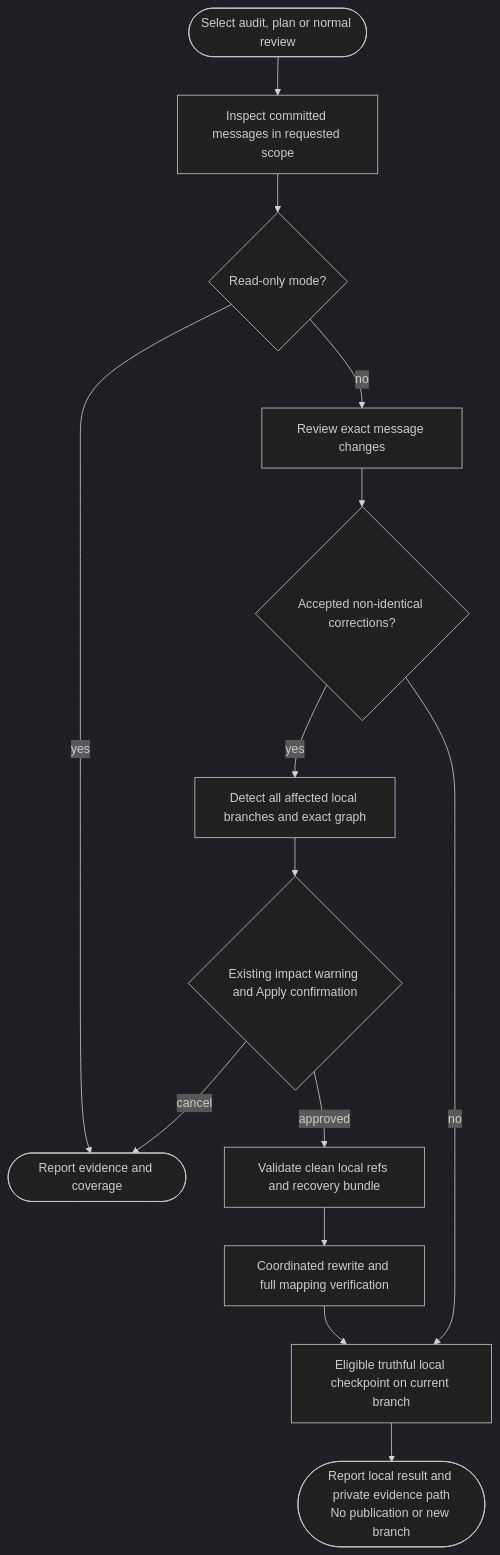
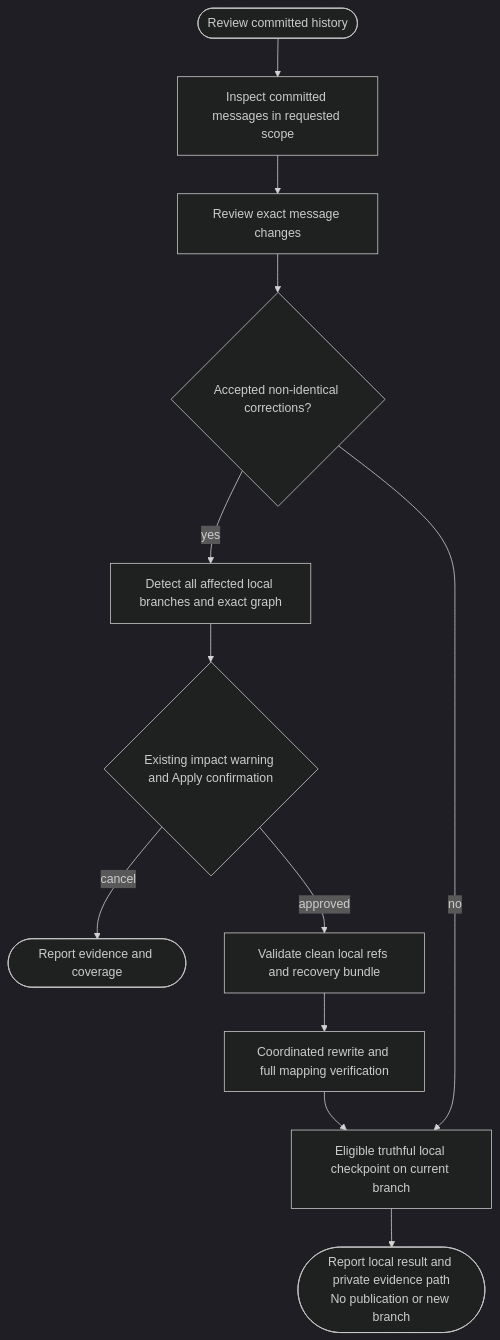
The diagram in docs/commands/normalize.md (myowinthein/agent-helm), drawn with Mermaid (dark theme) before and after one commit. The commit also changed other lines of this file and 3 other files, not shown here.

````diff
--- a/docs/commands/normalize.md
+++ b/docs/commands/normalize.md
@@ -32,16 +31,14 @@
 ```mermaid
 flowchart TD
-  Start([Select audit, plan or normal review]) --> Inspect[Inspect committed messages in requested scope]
-  Inspect --> Readonly{Read-only mode?}
-  Readonly -->|yes| Report([Report evidence and coverage])
-  Readonly -->|no| Decisions[Review exact message changes]
+  Start([Review committed history]) --> Inspect[Inspect committed messages in requested scope]
+  Inspect --> Decisions[Review exact message changes]
   Decisions --> Changes{Accepted non-identical corrections?}
   Changes -->|yes| Impact[Detect all affected local branches and exact graph]
   Impact --> Approve{Existing impact warning and Apply confirmation}
-  Approve -->|cancel| Report
+  Approve -->|cancel| Report([Report evidence and coverage])
   Approve -->|approved| Recover[Validate clean local refs and recovery bundle]
   Recover --> Rewrite[Coordinated rewrite and full mapping verification]
   Rewrite --> Ledger
   Changes -->|no| Ledger[Eligible truthful local checkpoint on current branch]
   Ledger --> End([Report local result and private evidence path<br/>No publication or new branch])
 ```
````
